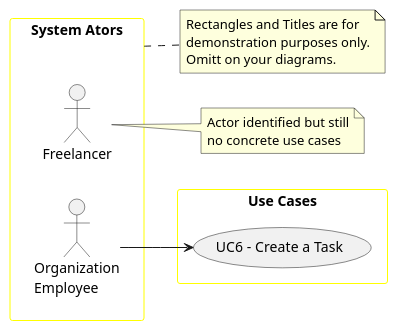
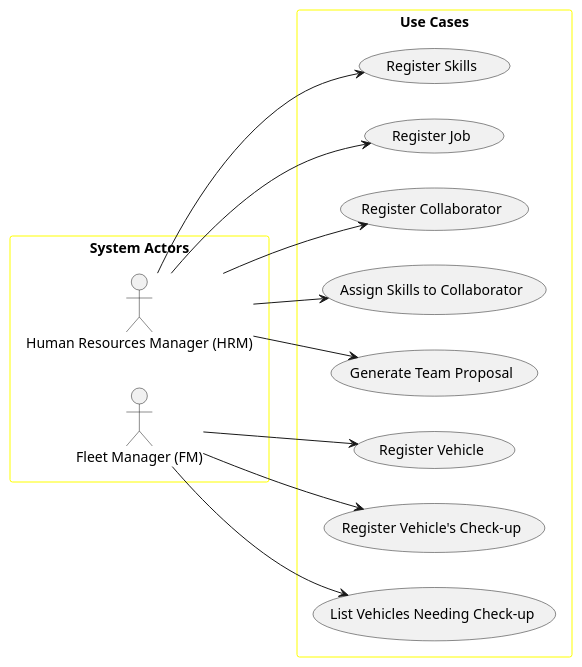
The diagram in docs/sprintA/global-artifacts/01.requirements-engineering/puml/use-case-diagram.puml (Departamento-de-Engenharia-Informatica/greenspace-management), drawn with PlantUML before and after one commit. The commit also changed 2 other files, not shown here.

Commit message:
USE-CASE DIAGRAM UPDATED

```diff
--- a/docs/sprintA/global-artifacts/01.requirements-engineering/puml/use-case-diagram.puml
+++ b/docs/sprintA/global-artifacts/01.requirements-engineering/puml/use-case-diagram.puml
@@ -1,35 +1,39 @@
 @startuml
 'skinparam monochrome true
 skinparam packageStyle rectangle
 'skinparam shadowing false
 
 skinparam rectangle{
     BorderColor yellow
 }
 
-'title Use Case Diagram Example
-
 left to right direction
 
-rectangle "System Ators" as actors {
-    actor Freelancer
-    actor "Organization\nEmployee" as Employee
+rectangle "System Actors" as actors {
+    actor HRM as "Human Resources Manager (HRM)"
+    actor FM as "Fleet Manager (FM)"
+
 }
 
+rectangle "Use Cases" as usecases{
+    usecase US01 as "Register Skills"
+    usecase US02 as "Register Job"
+    usecase US03 as "Register Collaborator"
+    usecase US04 as "Assign Skills to Collaborator"
+    usecase US05 as "Generate Team Proposal"
+    usecase US06 as "Register Vehicle"
+    usecase US07 as "Register Vehicle's Check-up"
+    usecase US08 as "List Vehicles Needing Check-up"
+}
 
-note right of Freelancer
-    Actor identified but still
-    no concrete use cases
-end note
+HRM --> US01
+HRM --> US02
+HRM --> US03
+HRM --> US04
+HRM --> US05
 
-rectangle "Use Cases" as usecases{
-    usecase "UC6 - Create a Task" as UC6
-    Employee --> UC6
-}
-note right of actors
-    Rectangles and Titles are for
-    demonstration purposes only.
-    Omitt on your diagrams.
-end note
+FM --> US06
+FM --> US07
+FM --> US08
 
 @enduml
```
